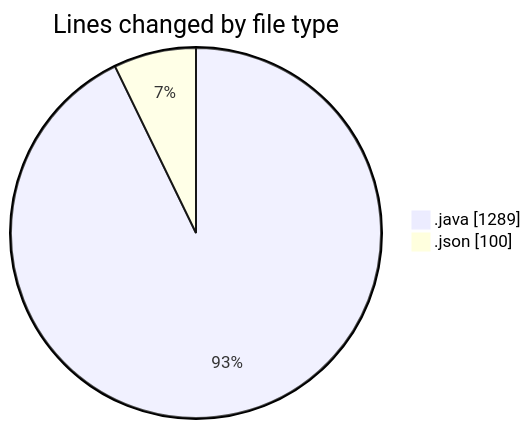
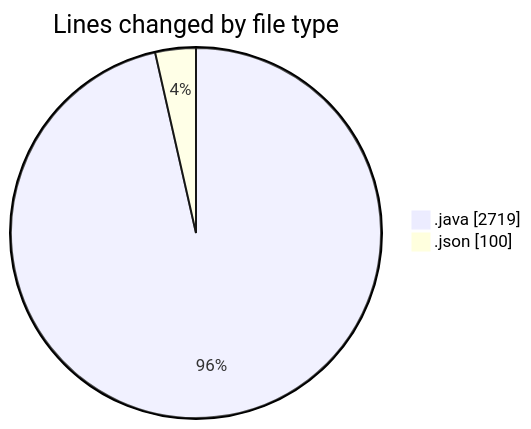
Before and after one commit to ricardozamudiocil/code-tracking: the first of 2 diagrams in 2026-05-12/cilapp/README.md, drawn with Mermaid. The commit also changed other lines of this file and 1 other file, not shown here.

````diff
--- a/2026-05-12/cilapp/README.md
+++ b/2026-05-12/cilapp/README.md
@@ -27,6 +28,6 @@
 ```mermaid
 pie showData
 title Lines changed by file type
-".java" : 1289
+".java" : 2719
 ".json" : 100
 ```
````
